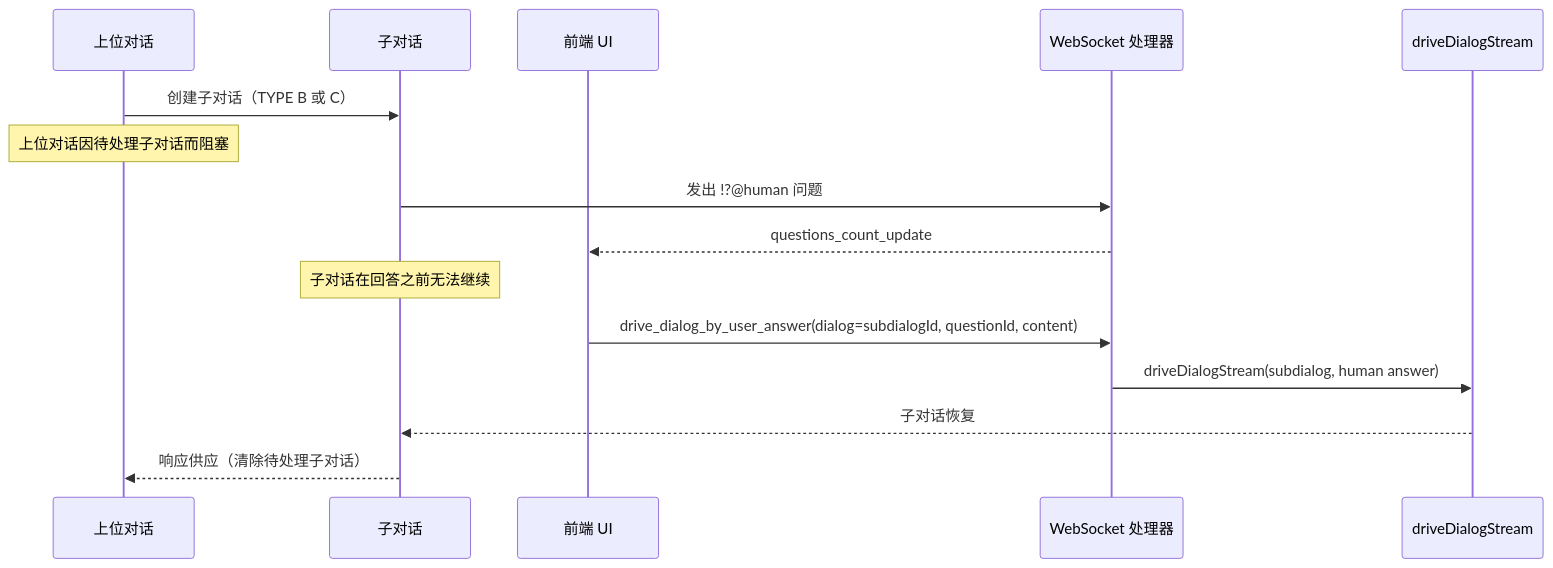
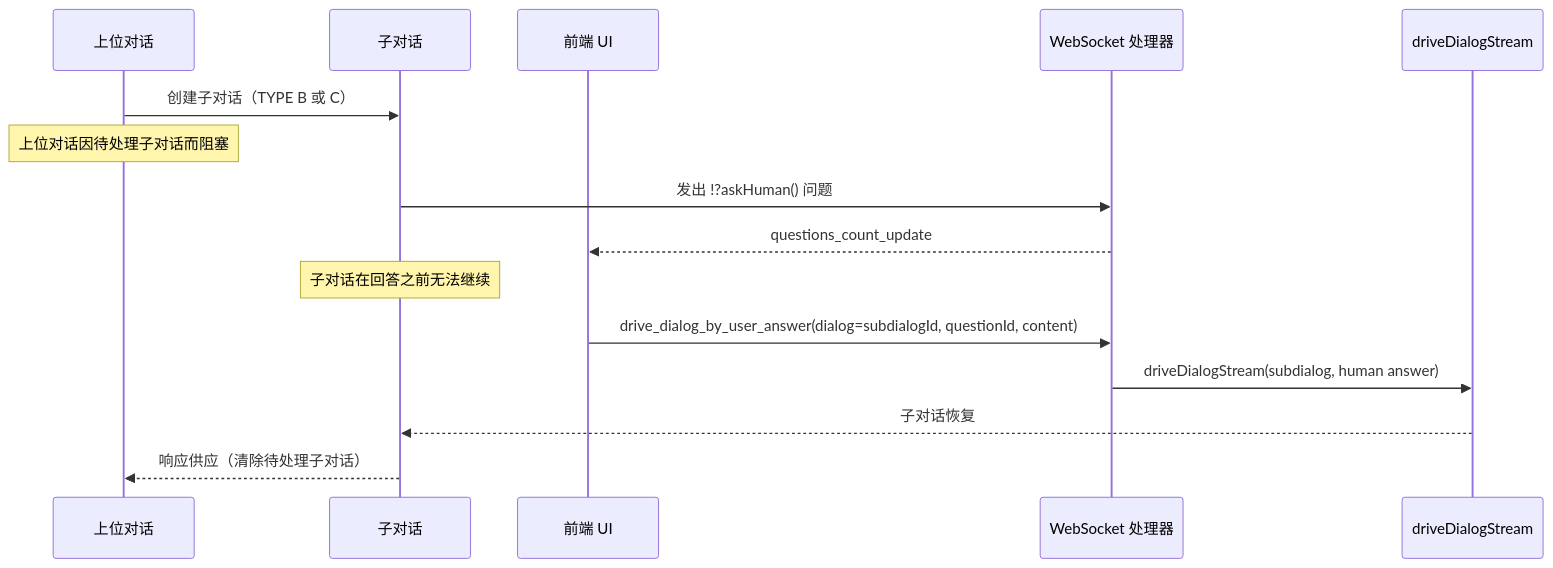
Before and after one commit to longrun-ai/dominds: the fourth of 18 diagrams in docs/dialog-system.zh.md, drawn with Mermaid. The commit also changed other lines of this file and 21 other files, not shown here.

````diff
--- a/docs/dialog-system.zh.md
+++ b/docs/dialog-system.zh.md
@@ -539,20 +539,20 @@
 ```mermaid
 sequenceDiagram
   participant Sup as 上位对话
   participant Sub as 子对话
   participant UI as 前端 UI
   participant WS as WebSocket 处理器
   participant Driver as driveDialogStream
 
   Sup->>Sub: 创建子对话（TYPE B 或 C）
   Note over Sup: 上位对话因待处理子对话而阻塞
 
-  Sub->>WS: 发出 !?@human 问题
+  Sub->>WS: 发出 !?askHuman() 问题
   WS-->>UI: questions_count_update
   Note over Sub: 子对话在回答之前无法继续
 
   UI->>WS: drive_dialog_by_user_answer(dialog=subdialogId, questionId, content)
   WS->>Driver: driveDialogStream(subdialog, human answer)
   Driver-->>Sub: 子对话恢复
   Sub-->>Sup: 响应供应（清除待处理子对话）
 ```
````
